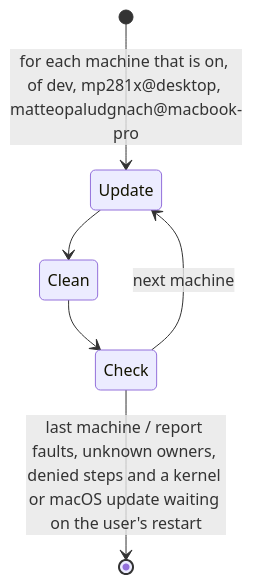
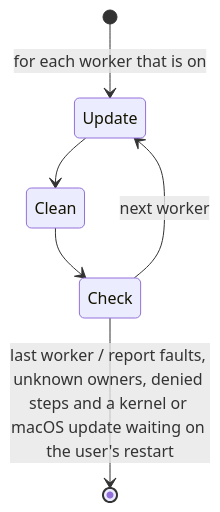
One commit to MP281X/deslop changed the first of 5 diagrams in .claude/skills/environment/references/maintenance.md. Above: the diagram before and after it, drawn with Mermaid. The commit also changed other lines of this file and 8 other files, not shown here.

Commit message:
Diagrams replace the prose that restated them; settled PRs go ready on green CI; a failed Opus rerun goes to the user; worker setup is a diagram

````diff
--- a/.claude/skills/environment/references/maintenance.md
+++ b/.claude/skills/environment/references/maintenance.md
@@ -5,8 +5,8 @@
 ```mermaid
 stateDiagram-v2
-    [*] --> Update : for each machine that is on, of dev, mp281x@desktop, matteopaludgnach@macbook-pro
+    [*] --> Update : for each worker that is on
     Update --> Clean
     Clean --> Check
-    Check --> Update : next machine
-    Check --> [*] : last machine / report faults, unknown owners, denied steps and a kernel or macOS update waiting on the user's restart
+    Check --> Update : next worker
+    Check --> [*] : last worker / report faults, unknown owners, denied steps and a kernel or macOS update waiting on the user's restart
 ```
````
